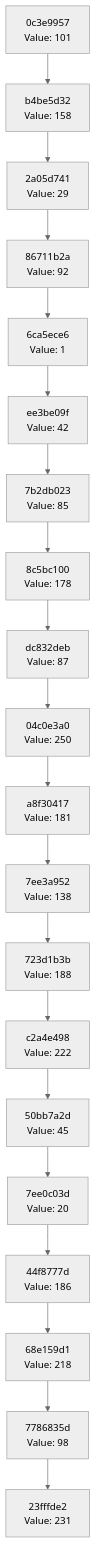
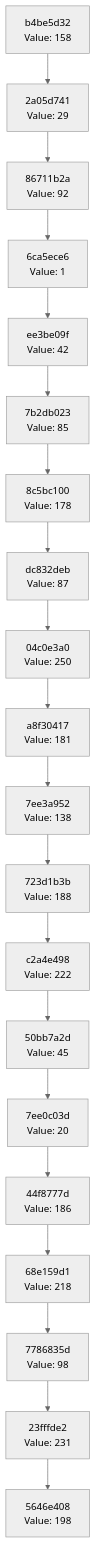
One commit to Abhisheksinha1506/hash-chain-evolver changed the diagram in docs/CHAIN_VISUALIZATION.md. Above: the diagram before and after it, drawn with Mermaid (neutral theme). The commit also changed 3 other files, not shown here.

````diff
--- a/docs/CHAIN_VISUALIZATION.md
+++ b/docs/CHAIN_VISUALIZATION.md
@@ -3,42 +3,42 @@
 ```mermaid
 graph TD
-    C0["23fffde2<br/>Value: 231"]
-    C1["7786835d<br/>Value: 98"]
+    C0["5646e408<br/>Value: 198"]
+    C1["23fffde2<br/>Value: 231"]
     C1 --> C0
-    C2["68e159d1<br/>Value: 218"]
+    C2["7786835d<br/>Value: 98"]
     C2 --> C1
-    C3["44f8777d<br/>Value: 186"]
+    C3["68e159d1<br/>Value: 218"]
     C3 --> C2
-    C4["7ee0c03d<br/>Value: 20"]
+    C4["44f8777d<br/>Value: 186"]
     C4 --> C3
-    C5["50bb7a2d<br/>Value: 45"]
+    C5["7ee0c03d<br/>Value: 20"]
     C5 --> C4
-    C6["c2a4e498<br/>Value: 222"]
+    C6["50bb7a2d<br/>Value: 45"]
     C6 --> C5
-    C7["723d1b3b<br/>Value: 188"]
+    C7["c2a4e498<br/>Value: 222"]
     C7 --> C6
-    C8["7ee3a952<br/>Value: 138"]
+    C8["723d1b3b<br/>Value: 188"]
     C8 --> C7
-    C9["a8f30417<br/>Value: 181"]
+    C9["7ee3a952<br/>Value: 138"]
     C9 --> C8
-    C10["04c0e3a0<br/>Value: 250"]
+    C10["a8f30417<br/>Value: 181"]
     C10 --> C9
-    C11["dc832deb<br/>Value: 87"]
+    C11["04c0e3a0<br/>Value: 250"]
     C11 --> C10
-    C12["8c5bc100<br/>Value: 178"]
+    C12["dc832deb<br/>Value: 87"]
     C12 --> C11
-    C13["7b2db023<br/>Value: 85"]
+    C13["8c5bc100<br/>Value: 178"]
     C13 --> C12
-    C14["ee3be09f<br/>Value: 42"]
+    C14["7b2db023<br/>Value: 85"]
     C14 --> C13
-    C15["6ca5ece6<br/>Value: 1"]
+    C15["ee3be09f<br/>Value: 42"]
     C15 --> C14
-    C16["86711b2a<br/>Value: 92"]
+    C16["6ca5ece6<br/>Value: 1"]
     C16 --> C15
-    C17["2a05d741<br/>Value: 29"]
+    C17["86711b2a<br/>Value: 92"]
     C17 --> C16
-    C18["b4be5d32<br/>Value: 158"]
+    C18["2a05d741<br/>Value: 29"]
     C18 --> C17
-    C19["0c3e9957<br/>Value: 101"]
+    C19["b4be5d32<br/>Value: 158"]
     C19 --> C18
 ```
````
